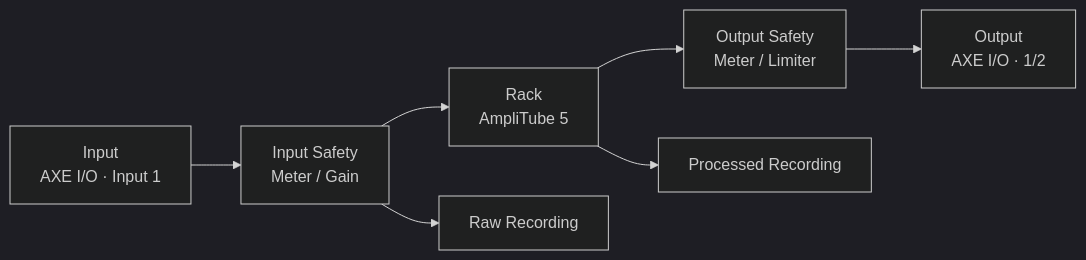
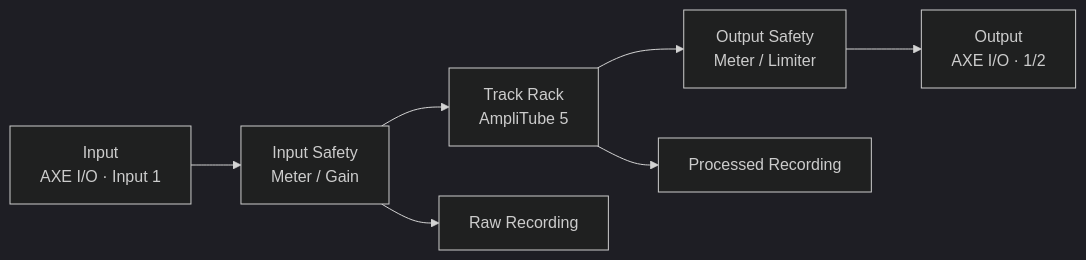
The fourth of 12 diagrams in docs/ui-ux-design/ui-ux-design.md (endo-ly/riffra), drawn with Mermaid (dark theme) before and after one commit. The commit also changed other lines of this file and 10 other files, not shown here.

````diff
--- a/docs/ui-ux-design/ui-ux-design.md
+++ b/docs/ui-ux-design/ui-ux-design.md
@@ -210,9 +244,9 @@
 ```mermaid
 flowchart LR
     IN["Input<br/>AXE I/O · Input 1"] --> GUARD["Input Safety<br/>Meter / Gain"]
-    GUARD --> RACK["Rack<br/>AmpliTube 5"]
+    GUARD --> RACK["Track Rack<br/>AmpliTube 5"]
     RACK --> OUTGUARD["Output Safety<br/>Meter / Limiter"]
     OUTGUARD --> OUT["Output<br/>AXE I/O · 1/2"]
     GUARD --> RAW["Raw Recording"]
     RACK --> PROCESSED["Processed Recording"]
 ```
````
